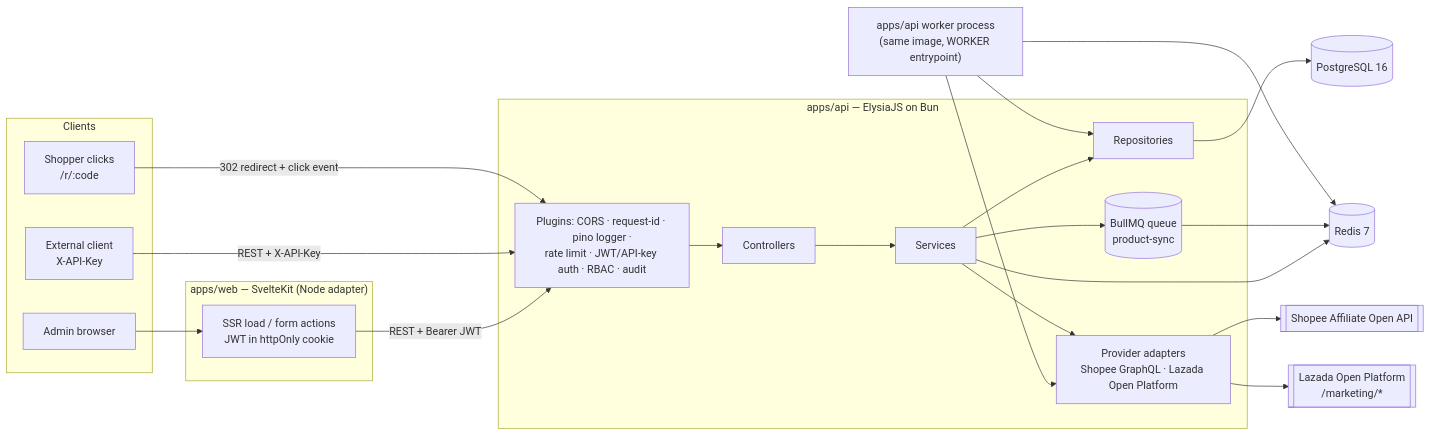
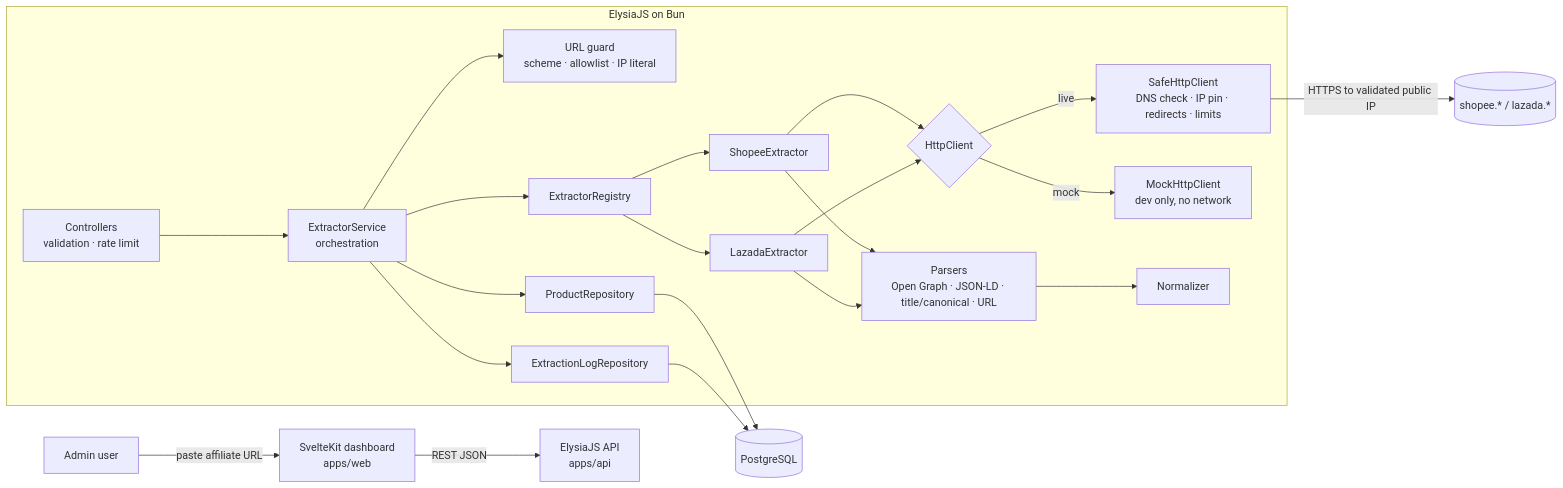
One commit to teaketc/affiliate changed the first of 3 diagrams in docs/ARCHITECTURE.md. Above: the diagram before and after it, drawn with Mermaid. The commit also changed other lines of this file and 188 other files, not shown here.

First line of the commit message:
Add affiliate product extractor (Elysia API + SvelteKit dashboard)

````diff
--- a/docs/ARCHITECTURE.md
+++ b/docs/ARCHITECTURE.md
@@ -5,40 +5,23 @@
 ```mermaid
 flowchart LR
-  subgraph Clients
-    Admin[Admin browser]
-    Ext[External client<br/>X-API-Key]
-    Shopper[Shopper clicks<br/>/r/:code]
+  U[Admin user] -->|paste affiliate URL| W[SvelteKit dashboard<br/>apps/web]
+  W -->|REST JSON| A[ElysiaJS API<br/>apps/api]
+
+  subgraph API [ElysiaJS on Bun]
+    C[Controllers<br/>validation · rate limit] --> S[ExtractorService<br/>orchestration]
+    S --> G[URL guard<br/>scheme · allowlist · IP literal]
+    S --> R[ExtractorRegistry]
+    R --> SE[ShopeeExtractor]
+    R --> LE[LazadaExtractor]
+    SE & LE --> H{HttpClient}
+    H -->|live| SF[SafeHttpClient<br/>DNS check · IP pin · redirects · limits]
+    H -->|mock| MK[MockHttpClient<br/>dev only, no network]
+    SE & LE --> P[Parsers<br/>Open Graph · JSON-LD · title/canonical · URL]
+    P --> N[Normalizer]
+    S --> PR[ProductRepository]
+    S --> LR[ExtractionLogRepository]
   end
 
-  subgraph Web["apps/web — SvelteKit (Node adapter)"]
-    SSR[SSR load / form actions<br/>JWT in httpOnly cookie]
-  end
-
-  subgraph API["apps/api — ElysiaJS on Bun"]
-    MW[Plugins: CORS · request-id · pino logger ·<br/>rate limit · JWT/API-key auth · RBAC · audit]
-    C[Controllers]
-    S[Services]
-    R[Repositories]
-    P[Provider adapters<br/>Shopee GraphQL · Lazada Open Platform]
-    Q[(BullMQ queue<br/>product-sync)]
-  end
-
-  Worker["apps/api worker process<br/>(same image, WORKER entrypoint)"]
-  PG[(PostgreSQL 16)]
-  RD[(Redis 7)]
-  SH[[Shopee Affiliate Open API]]
-  LZ[[Lazada Open Platform<br/>/marketing/*]]
-
-  Admin --> SSR -->|REST + Bearer JWT| MW
-  Ext -->|REST + X-API-Key| MW
-  Shopper -->|302 redirect + click event| MW
-  MW --> C --> S --> R --> PG
-  S --> RD
-  S --> Q --> RD
-  Worker --> RD
-  Worker --> P
-  Worker --> R
-  S --> P
-  P --> SH
-  P --> LZ
+  SF -->|HTTPS to validated public IP| M[(shopee.* / lazada.*)]
+  PR & LR --> DB[(PostgreSQL)]
 ```
````
